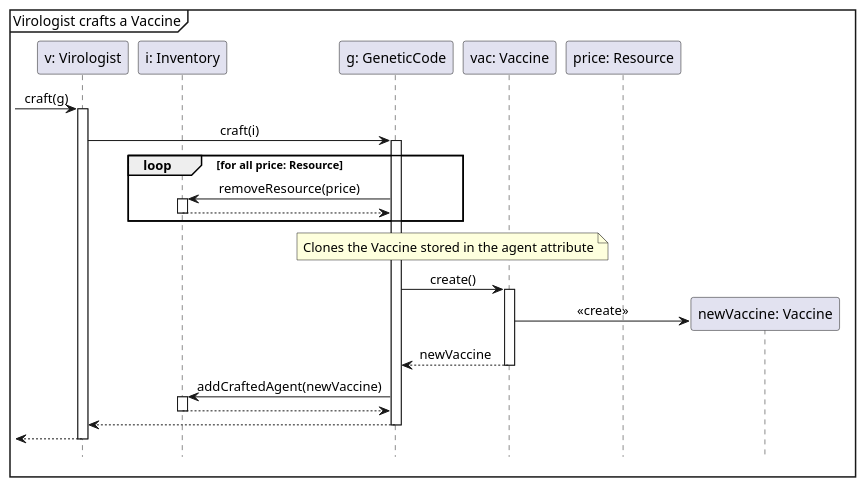
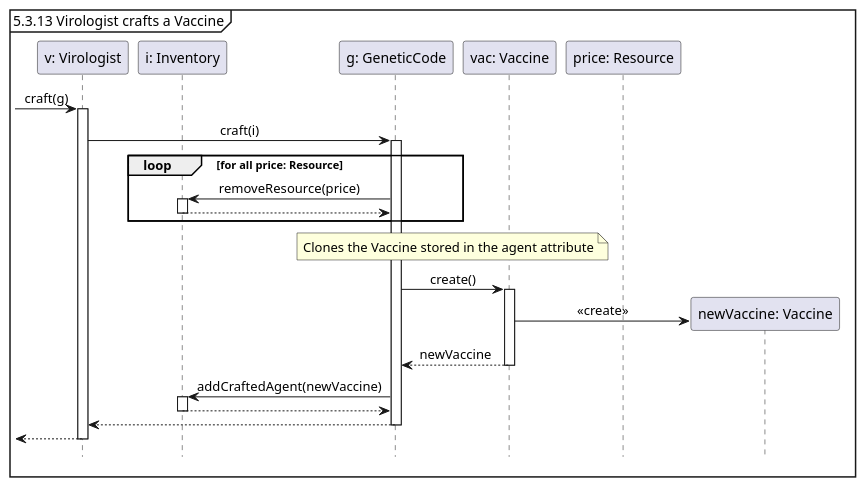
One commit to Tschonti/503-service-unavailable changed the diagram in docs/testCases/sequences/craftVaccine.puml. Above: the diagram before and after it, drawn with PlantUML. The commit also changed 3 other files, not shown here.

```diff
--- a/docs/testCases/sequences/craftVaccine.puml
+++ b/docs/testCases/sequences/craftVaccine.puml
@@ -1,32 +1,32 @@
 @startuml
 'https://plantuml.com/sequence-diagram
 
 hide footbox
 skinparam sequenceMessageAlign center
 
-mainframe  Virologist crafts a Vaccine
+mainframe  5.3.13 Virologist crafts a Vaccine
 
 participant "v: Virologist" as v
 participant "i: Inventory" as i
 participant "g: GeneticCode" as g
 participant "vac: Vaccine" as v1
 participant "price: Resource"
 participant "newVaccine: Vaccine" as v2
 
 
 -> v ++ : craft(g)
         v -> g ++ : craft(i)
             loop for all price: Resource
                 g -> i ++ : removeResource(price)
                 return
             end
             note over g, v1 : Clones the Vaccine stored in the agent attribute
             g -> v1 ++ : create()
                 v1 -> v2 ** : <<create>>
             return newVaccine
             g -> i ++ : addCraftedAgent(newVaccine)
             return
         return
 return
 
 @enduml
```
